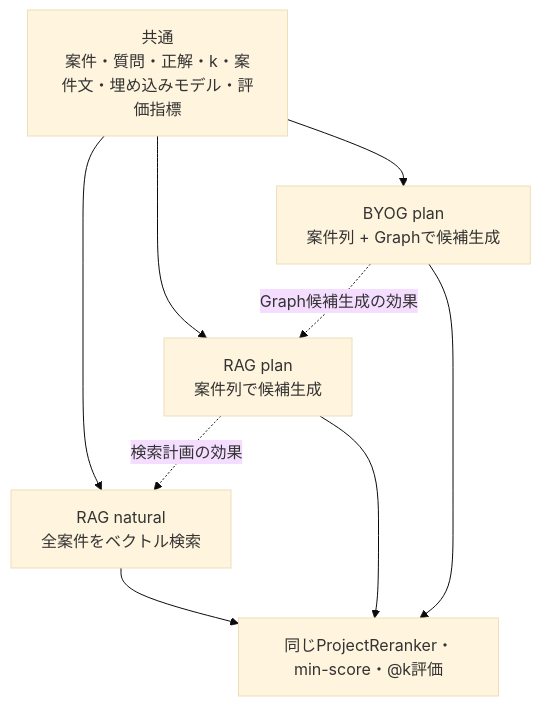
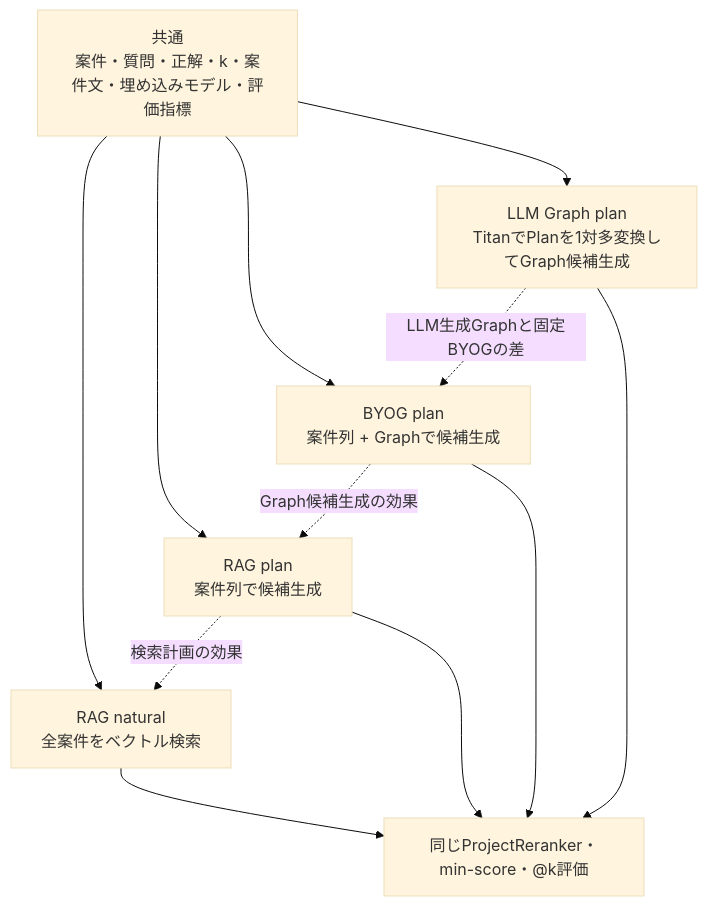
Before and after one commit to mitakoki-swa/career-ax-agent-with-rag: the fifth of 5 diagrams in docs/poc/検索方式とCLI引数.md, drawn with Mermaid (base theme). The commit also changed other lines of this file and 14 other files, not shown here.

````diff
--- a/docs/poc/検索方式とCLI引数.md
+++ b/docs/poc/検索方式とCLI引数.md
@@ -255,14 +258,17 @@
 ```mermaid
 flowchart TB
     COMMON["共通<br/>案件・質問・正解・k・案件文・埋め込みモデル・評価指標"]
     COMMON --> RN["RAG natural<br/>全案件をベクトル検索"]
     COMMON --> RP["RAG plan<br/>案件列で候補生成"]
     COMMON --> BP["BYOG plan<br/>案件列 + Graphで候補生成"]
+    COMMON --> LP["LLM Graph plan<br/>TitanでPlanを1対多変換してGraph候補生成"]
 
     RN --> SAME["同じProjectReranker・min-score・@k評価"]
     RP --> SAME
     BP --> SAME
+    LP --> SAME
 
     RP -. "検索計画の効果" .-> RN
     BP -. "Graph候補生成の効果" .-> RP
+    LP -. "LLM生成Graphと固定BYOGの差" .-> BP
 ```
````
